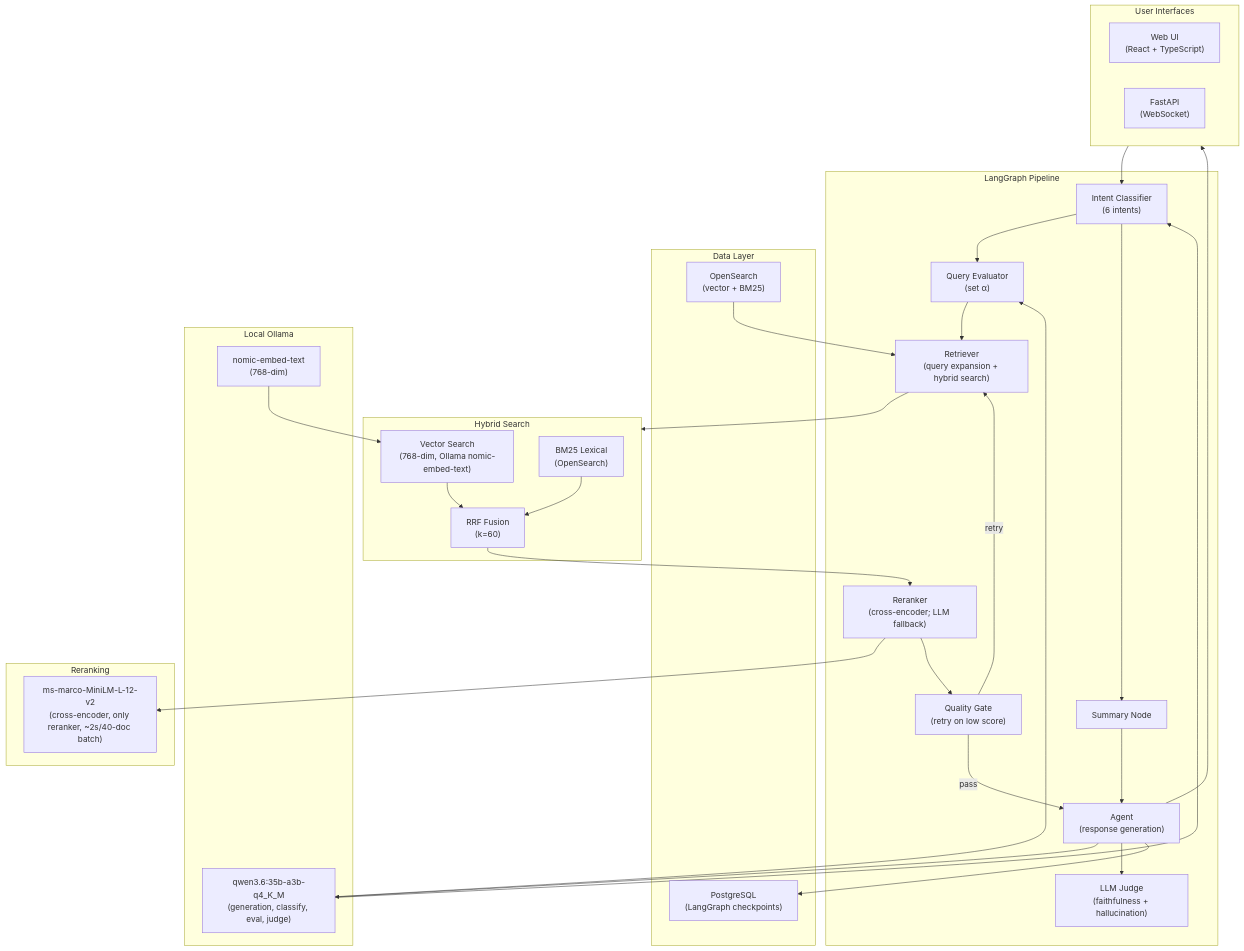
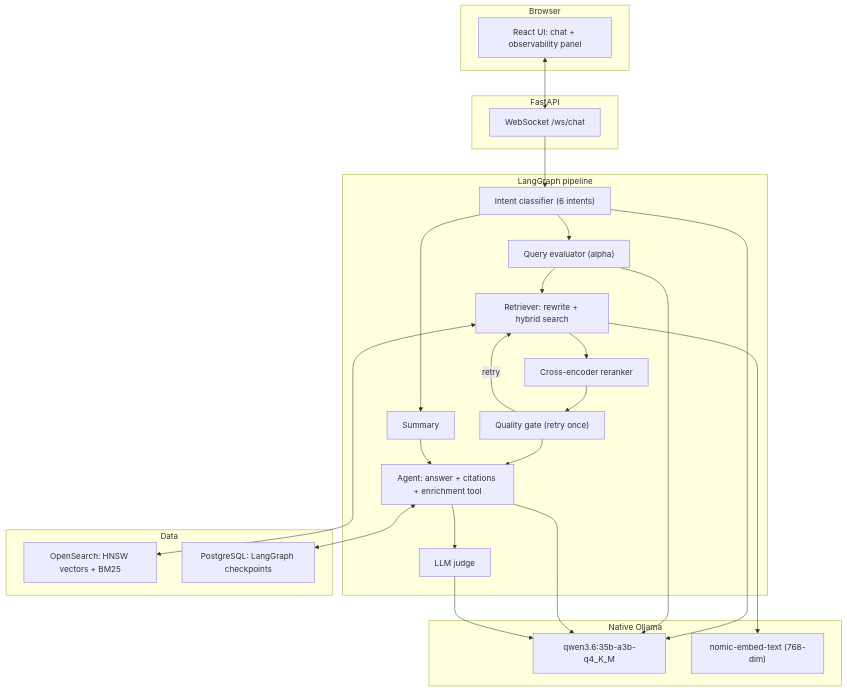
The diagram in README.md (kmwtechnology/opensearch2026-agentic-search), drawn with Mermaid before and after one commit. The commit also changed other lines of this file and 13 other files, not shown here.

First line of the commit message:
Doc sweep (root half): front-door README, ARCHITECTURE rewrite, one contributing guide

````diff
--- a/README.md
+++ b/README.md
@@ -110,60 +58,35 @@
 ```mermaid
 flowchart TB
-    subgraph UI["User Interfaces"]
-        WEB["Web UI<br/>(React + TypeScript)"]
-        API["FastAPI<br/>(WebSocket)"]
+    subgraph UI["Browser"]
+        WEB["React UI: chat + observability panel"]
     end
-
-    subgraph Pipeline["LangGraph Pipeline"]
-        IC["Intent Classifier<br/>(6 intents)"]
-        QE["Query Evaluator<br/>(set α)"]
-        RET["Retriever<br/>(query expansion + hybrid search)"]
-        RERANK["Reranker<br/>(cross-encoder; LLM fallback)"]
-        QG["Quality Gate<br/>(retry on low score)"]
-        SUM["Summary Node"]
-        AGENT["Agent<br/>(response generation)"]
-        JUDGE["LLM Judge<br/>(faithfulness + hallucination)"]
+    subgraph API["FastAPI"]
+        WS["WebSocket /ws/chat"]
     end
-
-    subgraph Search["Hybrid Search"]
-        VS["Vector Search<br/>(768-dim, Ollama nomic-embed-text)"]
-        BM25["BM25 Lexical<br/>(OpenSearch)"]
-        RRF["RRF Fusion<br/>(k=60)"]
+    subgraph Pipeline["LangGraph pipeline"]
+        IC["Intent classifier (6 intents)"]
+        QE["Query evaluator (alpha)"]
+        RET["Retriever: rewrite + hybrid search"]
+        RERANK["Cross-encoder reranker"]
+        QG["Quality gate (retry once)"]
+        SUM["Summary"]
+        AGENT["Agent: answer + citations + enrichment tool"]
+        JUDGE["LLM judge"]
     end
-
-    subgraph Storage["Data Layer"]
-        IDX["OpenSearch<br/>(vector + BM25)"]
-        CHK["PostgreSQL<br/>(LangGraph checkpoints)"]
+    subgraph Data["Data"]
+        OS["OpenSearch: HNSW vectors + BM25"]
+        PG["PostgreSQL: LangGraph checkpoints"]
     end
-
-    subgraph OllamaLLM["Local Ollama"]
-        LLM["qwen3.6:35b-a3b-q4_K_M<br/>(generation, classify, eval, judge)"]
-        EMB["nomic-embed-text<br/>(768-dim)"]
+    subgraph Ollama["Native Ollama"]
+        LLM["qwen3.6:35b-a3b-q4_K_M"]
+        EMB["nomic-embed-text (768-dim)"]
     end
-
-    subgraph Reranking["Reranking"]
-        CE["ms-marco-MiniLM-L-12-v2<br/>(cross-encoder, only reranker, ~2s/40-doc batch)"]
-    end
-
-    UI --> IC
-    IC --> QE
-    IC --> SUM
-    QE --> RET
-    RET --> Search
-    EMB --> VS
-    VS --> RRF
-    BM25 --> RRF
-    RRF --> RERANK
-    RERANK --> CE
-    RERANK --> QG
+    WEB <--> WS --> IC
+    IC --> QE --> RET --> RERANK --> QG --> AGENT --> JUDGE
+    IC --> SUM --> AGENT
     QG -->|retry| RET
-    QG -->|pass| AGENT
-    SUM --> AGENT
-    AGENT --> LLM
-    AGENT --> JUDGE
-    AGENT --> UI
-    AGENT --> CHK
-    IDX --> RET
-    LLM --> IC
-    LLM --> QE
+    RET <--> OS
+    RET --> EMB
+    AGENT <--> PG
+    IC & QE & AGENT & JUDGE --> LLM
 ```
````
